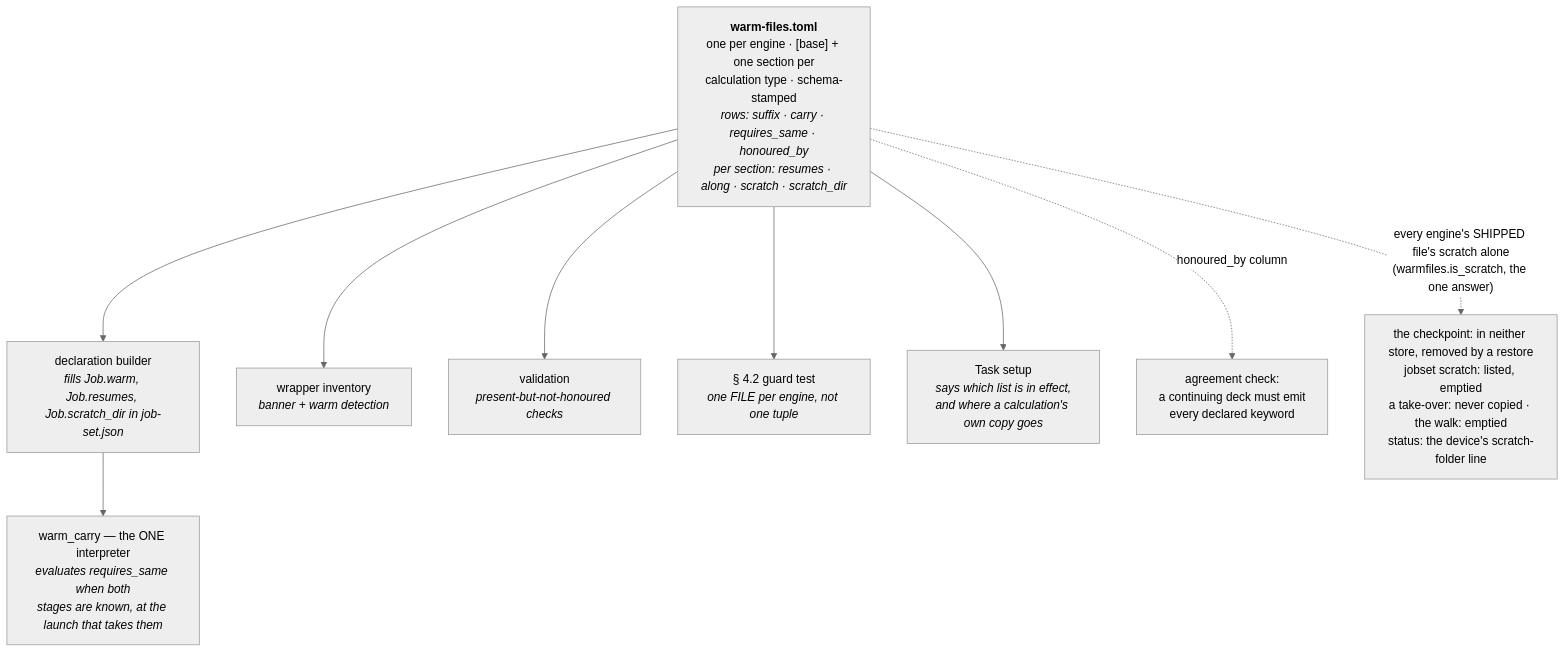
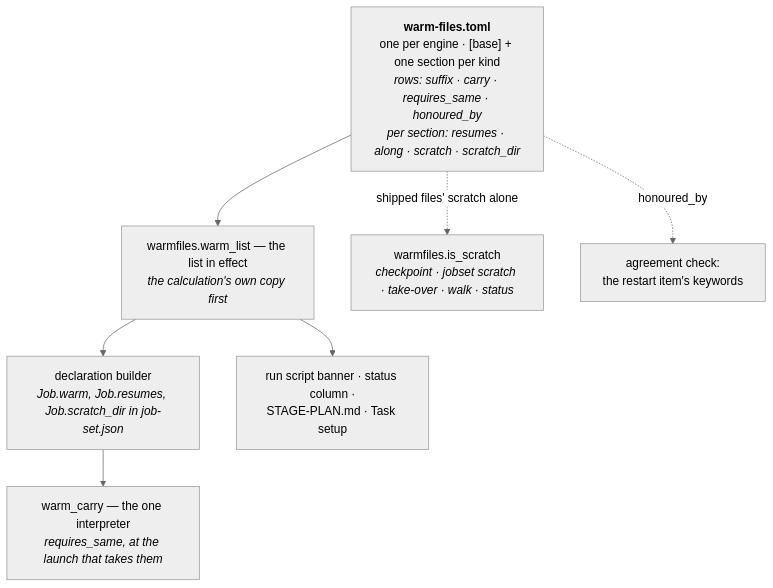
One commit to Qing-LAB/molbuilder changed the second of 2 diagrams in docs/execution/job-contracts.md. Above: the diagram before and after it, drawn with Mermaid (neutral theme). The commit also changed other lines of this file and 30 other files, not shown here.

````diff
--- a/docs/execution/job-contracts.md
+++ b/docs/execution/job-contracts.md
@@ -2007,12 +1193,10 @@
 ```mermaid
 flowchart TB
-    RF["<b>warm-files.toml</b><br/>one per engine · [base] + one section per<br/>calculation type · schema-stamped<br/><i>rows: suffix · carry · requires_same · honoured_by</i><br/><i>per section: resumes · along · scratch · scratch_dir</i>"]
-    RF --> DECL["declaration builder<br/><i>fills Job.warm, Job.resumes, Job.scratch_dir in job-set.json</i>"]
-    RF --> INV["wrapper inventory<br/><i>banner + warm detection</i>"]
-    RF --> VAL["validation<br/><i>present-but-not-honoured checks</i>"]
-    RF --> GUARD["§ 4.2 guard test<br/><i>one FILE per engine, not one tuple</i>"]
-    RF --> UI["Task setup<br/><i>says which list is in effect,<br/>and where a calculation's own copy goes</i>"]
-    RF -. "honoured_by column" .-> EMIT["agreement check:<br/>a continuing deck must emit<br/>every declared keyword"]
-    RF -. "every engine's SHIPPED file's scratch alone<br/>(warmfiles.is_scratch, the one answer)" .-> SCR["the checkpoint: in neither store, removed by a restore<br/>jobset scratch: listed, emptied<br/>a take-over: never copied · the walk: emptied<br/>status: the device's scratch-folder line"]
-    DECL --> WC["warm_carry — the ONE interpreter<br/><i>evaluates requires_same when both<br/>stages are known, at the launch that takes them</i>"]
+    RF["<b>warm-files.toml</b><br/>one per engine · [base] + one section per kind<br/><i>rows: suffix · carry · requires_same · honoured_by</i><br/><i>per section: resumes · along · scratch · scratch_dir</i>"]
+    RF --> DOOR["warmfiles.warm_list — the list in effect<br/><i>the calculation's own copy first</i>"]
+    DOOR --> DECL["declaration builder<br/><i>Job.warm, Job.resumes, Job.scratch_dir in job-set.json</i>"]
+    DOOR --> RS["run script banner · status column ·<br/>STAGE-PLAN.md · Task setup"]
+    DECL --> WC["warm_carry — the one interpreter<br/><i>requires_same, at the launch that takes them</i>"]
+    RF -. "shipped files' scratch alone" .-> SCR["warmfiles.is_scratch<br/><i>checkpoint · jobset scratch · take-over · walk · status</i>"]
+    RF -. "honoured_by" .-> AGR["agreement check:<br/>the restart item's keywords"]
 ```
````
